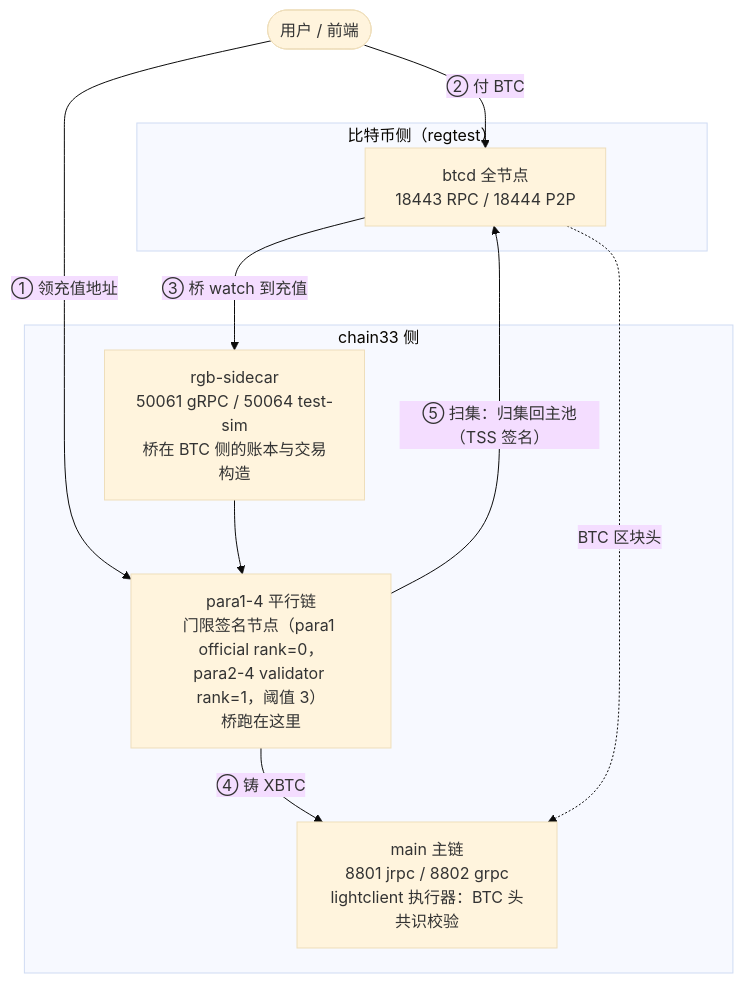
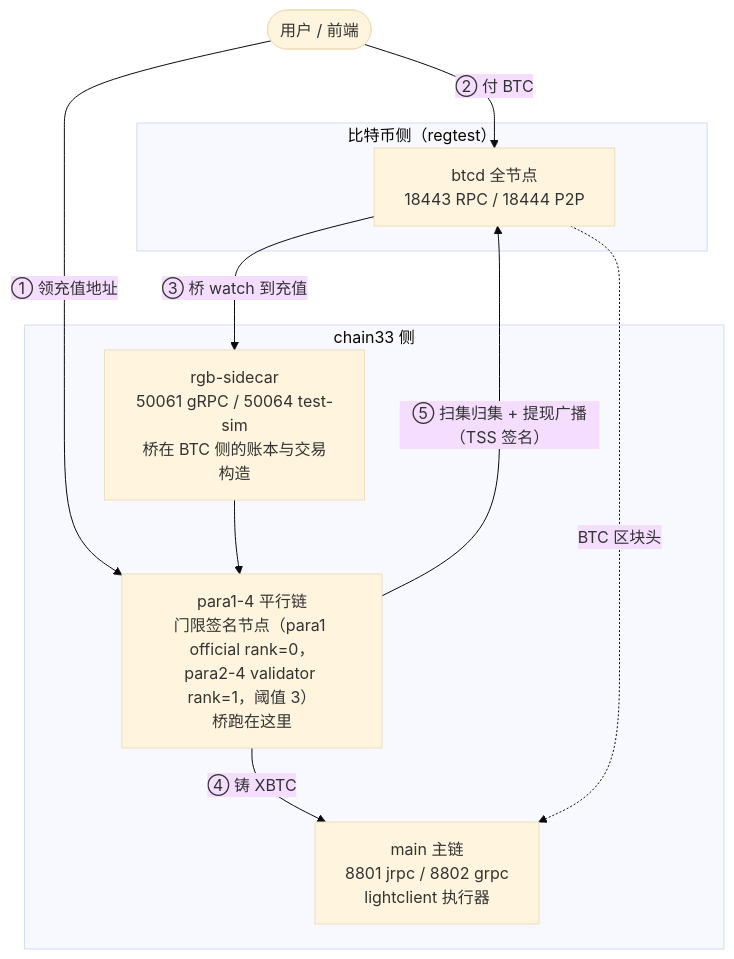
One commit to bysomeone/plugin changed the diagram in plugin/dapp/rgbx/cmd/ci/HANDOFF.md. Above: the diagram before and after it, drawn with Mermaid (base theme). The commit also changed other lines of this file, not shown here.

````diff
--- a/plugin/dapp/rgbx/cmd/ci/HANDOFF.md
+++ b/plugin/dapp/rgbx/cmd/ci/HANDOFF.md
@@ -15,21 +22,21 @@
 ```mermaid
 flowchart TB
     subgraph btc["比特币侧（regtest）"]
         btcd["btcd 全节点<br/>18443 RPC / 18444 P2P"]
     end
 
     subgraph c33["chain33 侧"]
-        main["main 主链<br/>8801 jrpc / 8802 grpc<br/>lightclient 执行器：BTC 头共识校验"]
+        main["main 主链<br/>8801 jrpc / 8802 grpc<br/>lightclient 执行器"]
         para["para1-4 平行链<br/>门限签名节点（para1 official rank=0，<br/>para2-4 validator rank=1，阈值 3）<br/>桥跑在这里"]
         sidecar["rgb-sidecar<br/>50061 gRPC / 50064 test-sim<br/>桥在 BTC 侧的账本与交易构造"]
     end
 
     user(["用户 / 前端"])
     user -->|"① 领充值地址"| para
     user -->|"② 付 BTC"| btcd
     btcd -->|"③ 桥 watch 到充值"| sidecar
     sidecar --> para
     para -->|"④ 铸 XBTC"| main
     btcd -.->|"BTC 区块头"| main
-    para -->|"⑤ 扫集：归集回主池（TSS 签名）"| btcd
+    para -->|"⑤ 扫集归集 + 提现广播（TSS 签名）"| btcd
 ```
````
